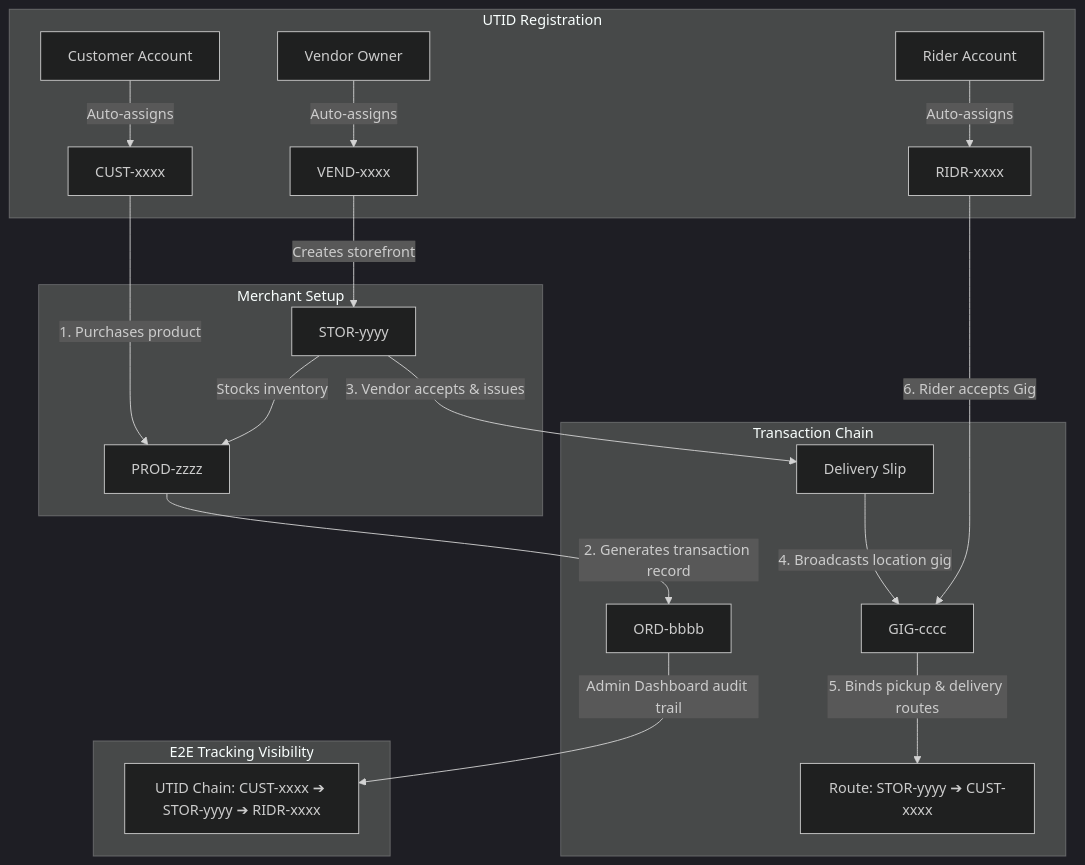
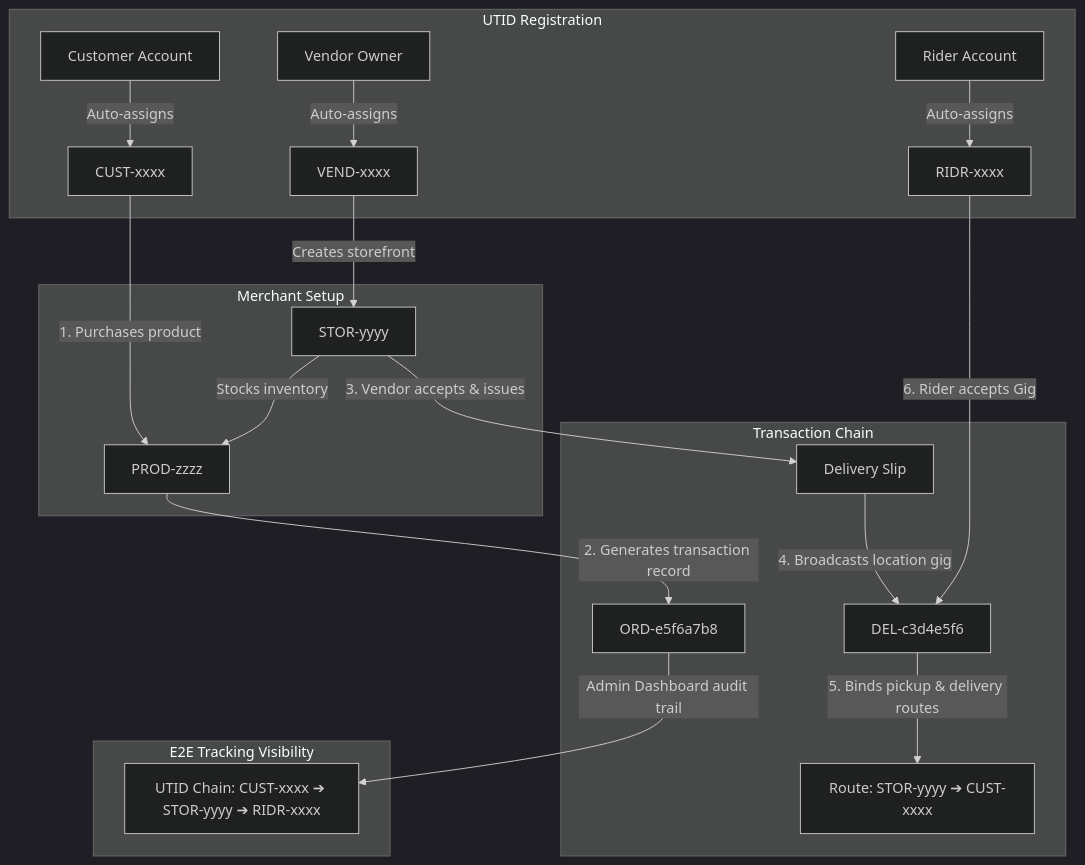
Before and after one commit to qwaudai6-hash/OMNIGO-APP-3: the second of 4 diagrams in docs/OMNIGO_SuperApp_Architecture.md, drawn with Mermaid (dark theme). The commit also changed other lines of this file and 200 other files, not shown here.

Commit message:
feat(sync): complete database schema sync, backend bug fixes, map dockerfiles, and type-safe UI resilience

````diff
--- a/docs/OMNIGO_SuperApp_Architecture.md
+++ b/docs/OMNIGO_SuperApp_Architecture.md
@@ -83,30 +93,30 @@
 ```mermaid
 graph TD
     %% Entities Signup & UTID Assignment
     subgraph UTID Registration
         Cust[Customer Account] -->|Auto-assigns| CUST_ID[CUST-xxxx]
         Vend[Vendor Owner] -->|Auto-assigns| VEND_ID[VEND-xxxx]
         Ridr[Rider Account] -->|Auto-assigns| RIDR_ID[RIDR-xxxx]
     end
 
     %% Store Setup
     subgraph Merchant Setup
         VEND_ID -->|Creates storefront| STOR_ID[STOR-yyyy]
         STOR_ID -->|Stocks inventory| PROD_ID[PROD-zzzz]
     end
 
     %% Order & Delivery chain
     subgraph Transaction Chain
         CUST_ID -->|1. Purchases product| PROD_ID
-        PROD_ID -->|2. Generates transaction record| ORD_ID[ORD-bbbb]
+        PROD_ID -->|2. Generates transaction record| ORD_ID[ORD-e5f6a7b8]
         STOR_ID -->|3. Vendor accepts & issues| SLIP_ID[Delivery Slip]
-        SLIP_ID -->|4. Broadcasts location gig| GIG_ID[GIG-cccc]
-        GIG_ID -->|5. Binds pickup & delivery routes| Route[Route: STOR-yyyy ➔ CUST-xxxx]
-        RIDR_ID -->|6. Rider accepts Gig| GIG_ID
+        SLIP_ID -->|4. Broadcasts location gig| DEL_ID[DEL-c3d4e5f6]
+        DEL_ID -->|5. Binds pickup & delivery routes| Route[Route: STOR-yyyy ➔ CUST-xxxx]
+        RIDR_ID -->|6. Rider accepts Gig| DEL_ID
     end
 
     %% Complete tracking chain representation
     subgraph E2E Tracking Visibility
         ORD_ID -->|Admin Dashboard audit trail| UTID_Chain[UTID Chain: CUST-xxxx ➔ STOR-yyyy ➔ RIDR-xxxx]
     end
 ```
````
